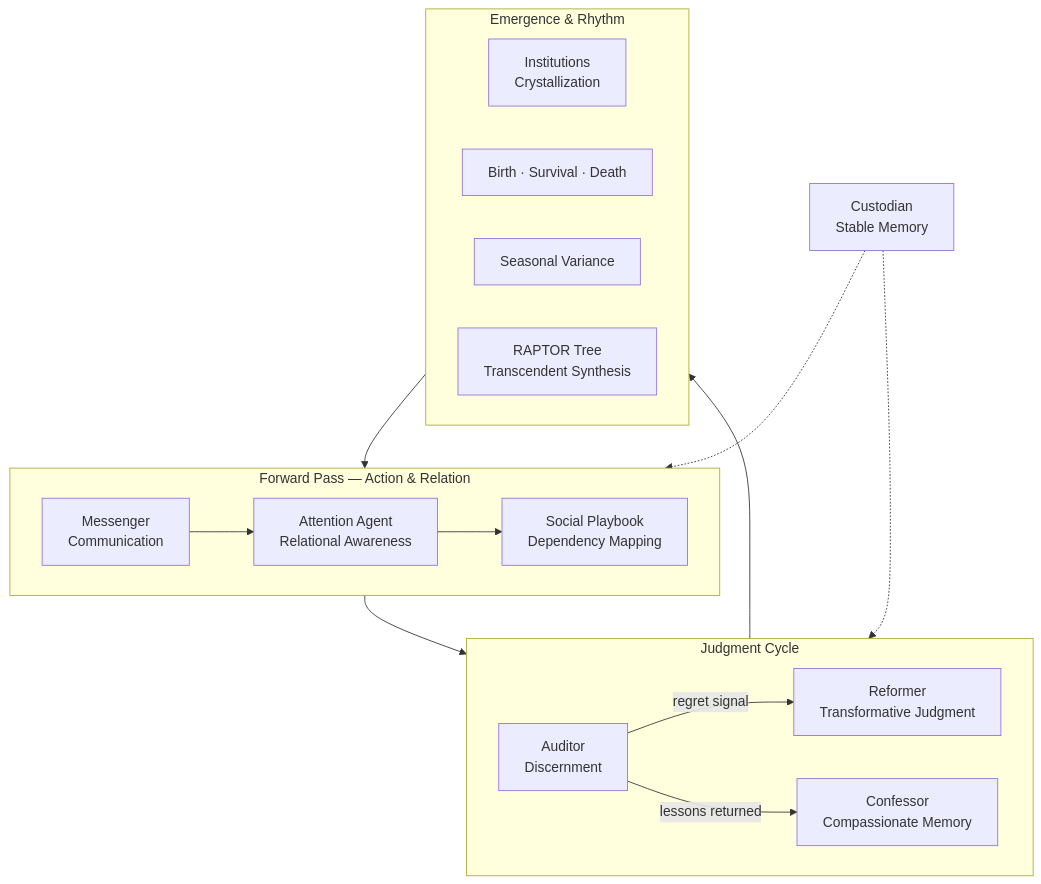
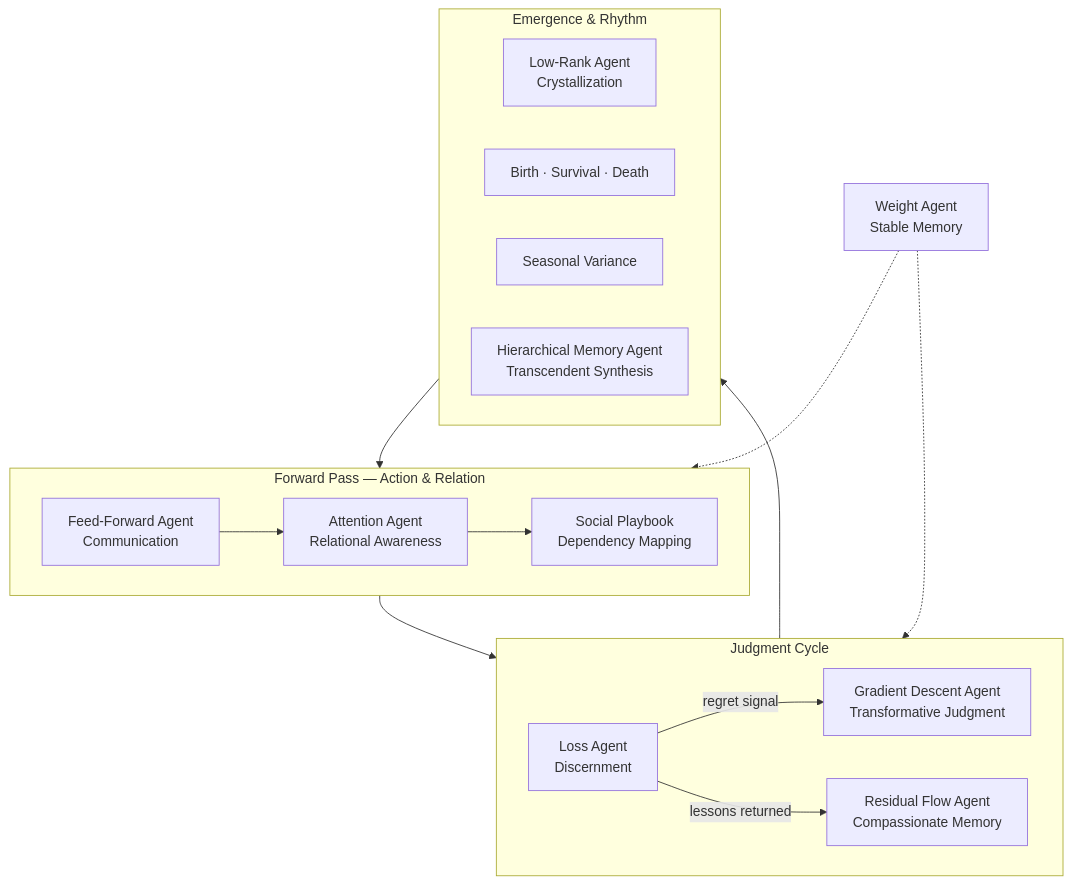
Before and after one commit to iblameandrew/sonar: the first of 2 diagrams in README.md, drawn with Mermaid. The commit also changed other lines of this file and 22 other files, not shown here.

````diff
--- a/README.md
+++ b/README.md
@@ -76,28 +76,28 @@
 ```mermaid
 flowchart TB
     subgraph forward["Forward Pass — Action & Relation"]
-        M[Messenger<br/>Communication]
+        M[Feed-Forward Agent<br/>Communication]
         A[Attention Agent<br/>Relational Awareness]
         SP[Social Playbook<br/>Dependency Mapping]
         M --> A --> SP
     end
 
     subgraph judgment["Judgment Cycle"]
-        AU[Auditor<br/>Discernment]
-        AU -->|regret signal| RF[Reformer<br/>Transformative Judgment]
-        AU -->|lessons returned| CF[Confessor<br/>Compassionate Memory]
+        AU[Loss Agent<br/>Discernment]
+        AU -->|regret signal| RF[Gradient Descent Agent<br/>Transformative Judgment]
+        AU -->|lessons returned| CF[Residual Flow Agent<br/>Compassionate Memory]
     end
 
     subgraph emergence["Emergence & Rhythm"]
-        INST[Institutions<br/>Crystallization]
+        INST[Low-Rank Agent<br/>Crystallization]
         LIFE[Birth · Survival · Death]
         SEA[Seasonal Variance]
-        RAP[RAPTOR Tree<br/>Transcendent Synthesis]
+        RAP[Hierarchical Memory Agent<br/>Transcendent Synthesis]
     end
 
     forward --> judgment
     judgment --> emergence
     emergence --> forward
-    CU[Custodian<br/>Stable Memory] -.-> forward
+    CU[Weight Agent<br/>Stable Memory] -.-> forward
     CU -.-> judgment
 ```
````
